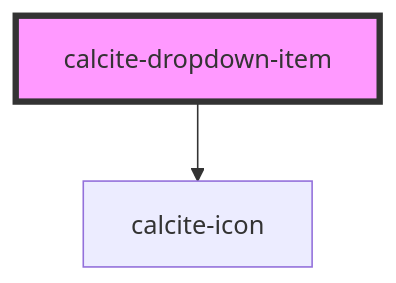
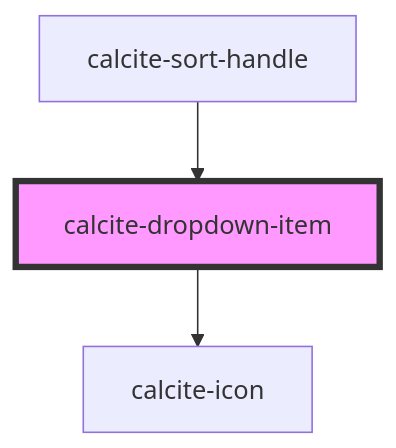
Before and after one commit to Esri/calcite-design-system: the diagram in packages/calcite-components/src/components/dropdown-item/readme.md, drawn with Mermaid. The commit also changed other lines of this file and 25 other files, not shown here.

````diff
--- a/packages/calcite-components/src/components/dropdown-item/readme.md
+++ b/packages/calcite-components/src/components/dropdown-item/readme.md
@@ -51,5 +55,6 @@
 ```mermaid
 graph TD;
   calcite-dropdown-item --> calcite-icon
+  calcite-sort-handle --> calcite-dropdown-item
   style calcite-dropdown-item fill:#f9f,stroke:#333,stroke-width:4px
 ```
````
